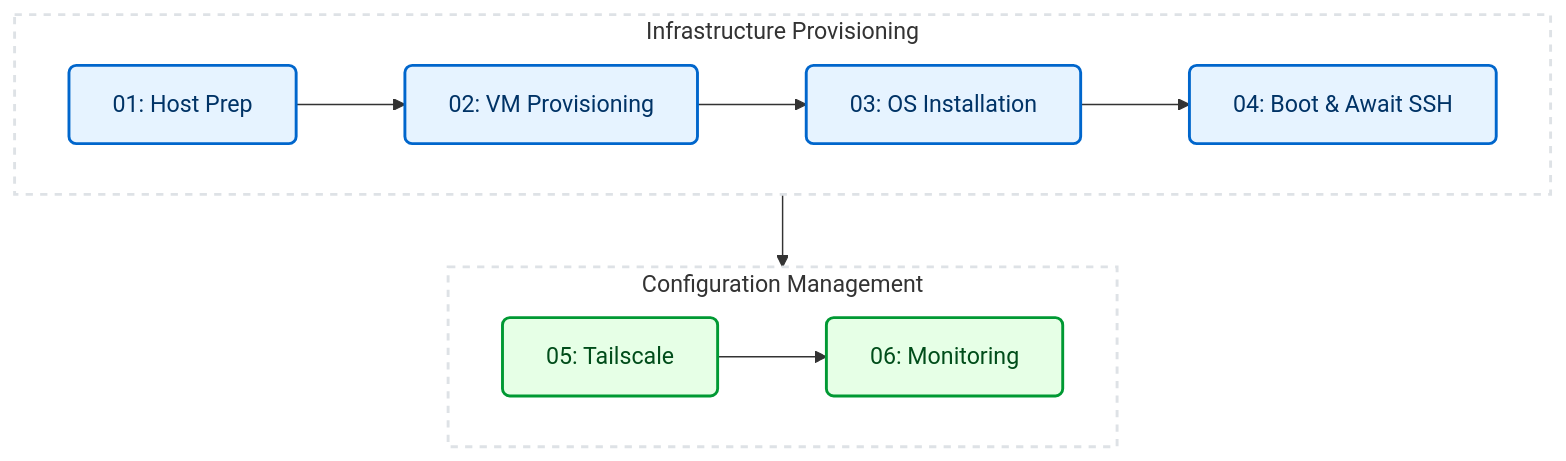
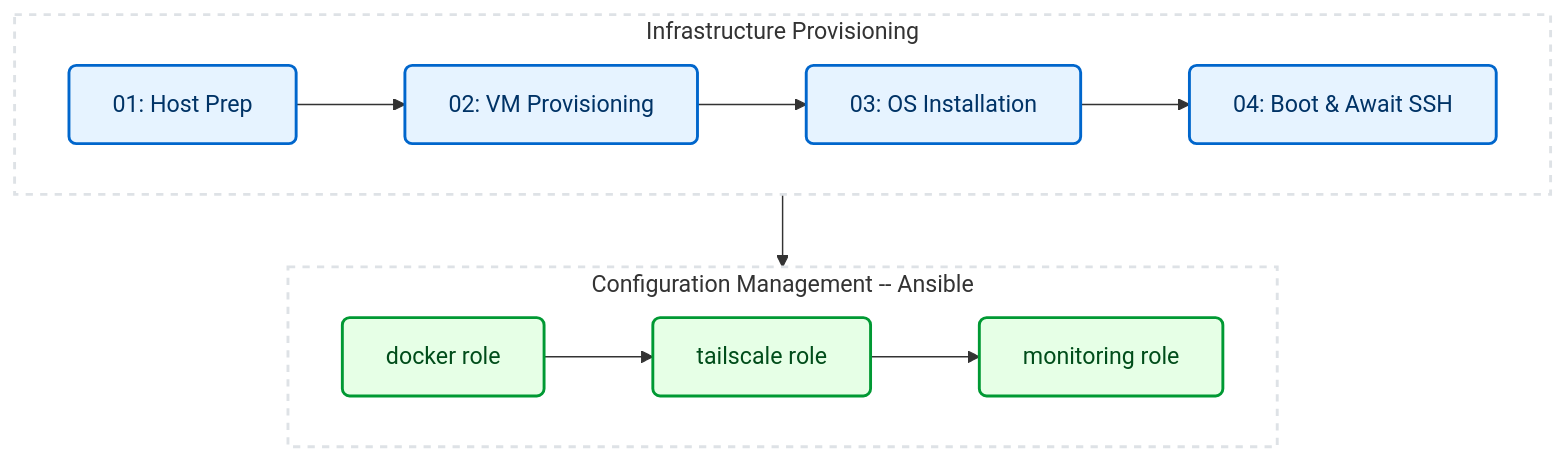
Before and after one commit to PoisonOakey/ztp-linux-node: the diagram in README.md, drawn with Mermaid. The commit also changed other lines of this file and 7 other files, not shown here.

````diff
--- a/README.md
+++ b/README.md
@@ -26,23 +26,24 @@
 ```mermaid
 %%{init: {'themeVariables': { 'background': '#ffffff'}}}%%
 flowchart TD
     classDef prov fill:#e6f3ff,stroke:#0066cc,stroke-width:2px,color:#003366,rx:5px,ry:5px;
     classDef conf fill:#e6ffe6,stroke:#009933,stroke-width:2px,color:#004d1a,rx:5px,ry:5px;
     
     style Provisioning fill:#ffffff,stroke:#dee2e6,stroke-width:2px,stroke-dasharray: 5 5
     style Configuration fill:#ffffff,stroke:#dee2e6,stroke-width:2px,stroke-dasharray: 5 5
 
     subgraph Provisioning [Infrastructure Provisioning]
         direction LR
         A[01: Host Prep]:::prov --> B[02: VM Provisioning]:::prov
         B --> C[03: OS Installation]:::prov
         C --> D[04: Boot &amp; Await SSH]:::prov
     end
 
-    subgraph Configuration [Configuration Management]
+    subgraph Configuration [Configuration Management -- Ansible]
         direction LR
-        E[05: Tailscale]:::conf --> F[06: Monitoring]:::conf
+        E[docker role]:::conf --> F[tailscale role]:::conf
+        F --> G[monitoring role]:::conf
     end
 
     D --> E
 ```
````
